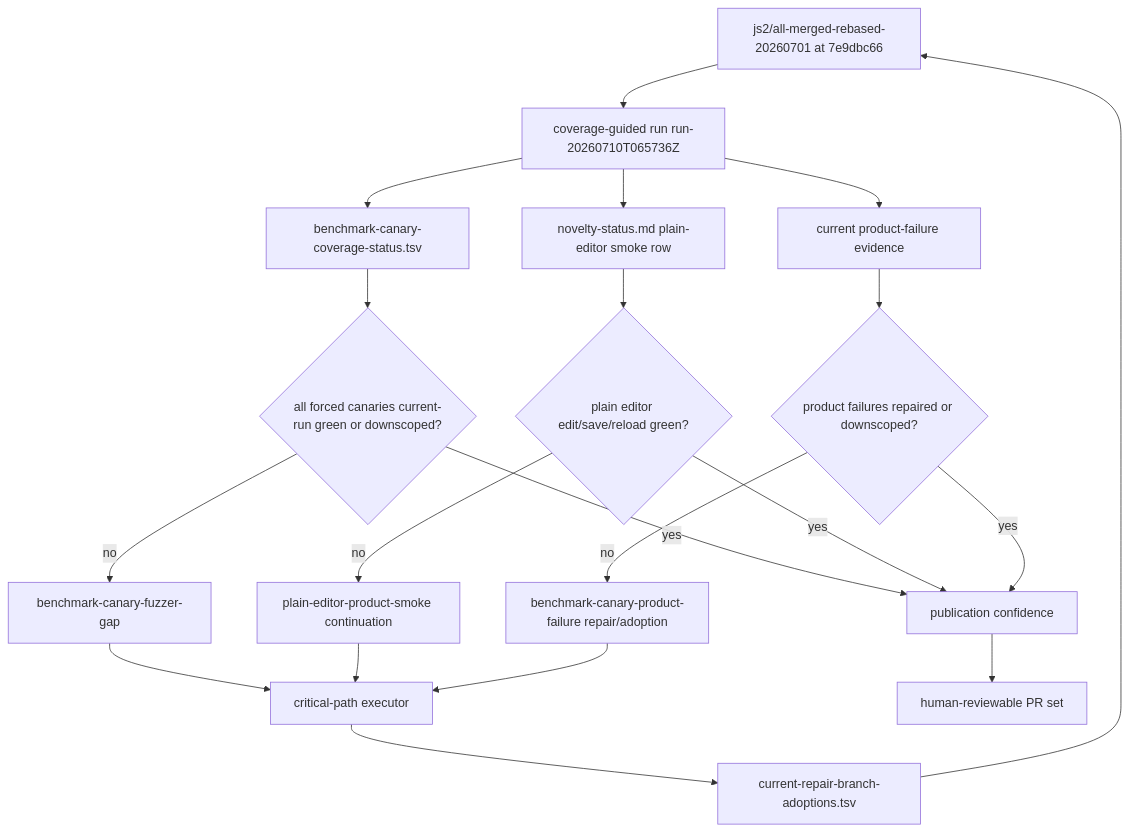
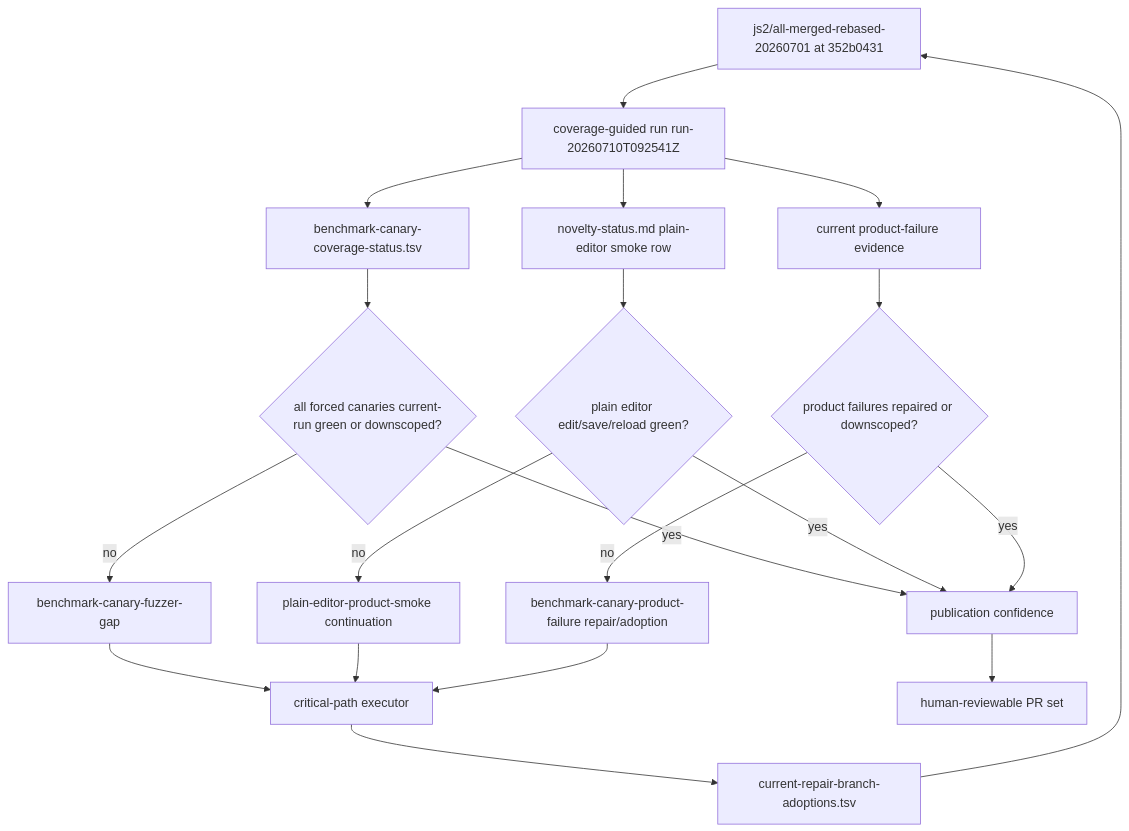
The fifth of 12 diagrams in docs/explanations/architecture/rtc-jetstream2-fuzzing-architecture-and-loops-20260515.md (danluu/gutenberg), drawn with Mermaid before and after one commit. The commit also changed other lines of this file and 19 other files, not shown here.

````diff
--- a/docs/explanations/architecture/rtc-jetstream2-fuzzing-architecture-and-loops-20260515.md
+++ b/docs/explanations/architecture/rtc-jetstream2-fuzzing-architecture-and-loops-20260515.md
@@ -776,26 +912,26 @@
 ```mermaid
 flowchart TB
-    Candidate[js2/all-merged-rebased-20260701 at 7e9dbc66] --> CoverageRun[coverage-guided run run-20260710T065736Z]
+    Candidate[js2/all-merged-rebased-20260701 at 352b0431] --> CoverageRun[coverage-guided run run-20260710T092541Z]
     CoverageRun --> CanaryStatus[benchmark-canary-coverage-status.tsv]
     CoverageRun --> SmokeStatus[novelty-status.md plain-editor smoke row]
     CoverageRun --> ProductEvidence[current product-failure evidence]
 
     CanaryStatus --> CanaryGate{all forced canaries current-run green or downscoped?}
     SmokeStatus --> SmokeGate{plain editor edit/save/reload green?}
     ProductEvidence --> ProductGate{product failures repaired or downscoped?}
 
     CanaryGate -->|no| FuzzerGap[benchmark-canary-fuzzer-gap]
     SmokeGate -->|no| PlainSmoke[plain-editor-product-smoke continuation]
     ProductGate -->|no| ProductRepair[benchmark-canary-product-failure repair/adoption]
 
     FuzzerGap --> Critical[critical-path executor]
     PlainSmoke --> Critical
     ProductRepair --> Critical
     Critical --> Adoption[current-repair-branch-adoptions.tsv]
     Adoption --> Candidate
 
     CanaryGate -->|yes| PublishReady[publication confidence]
     SmokeGate -->|yes| PublishReady
     ProductGate -->|yes| PublishReady
     PublishReady --> MaintainerPR[human-reviewable PR set]
 ```
````
